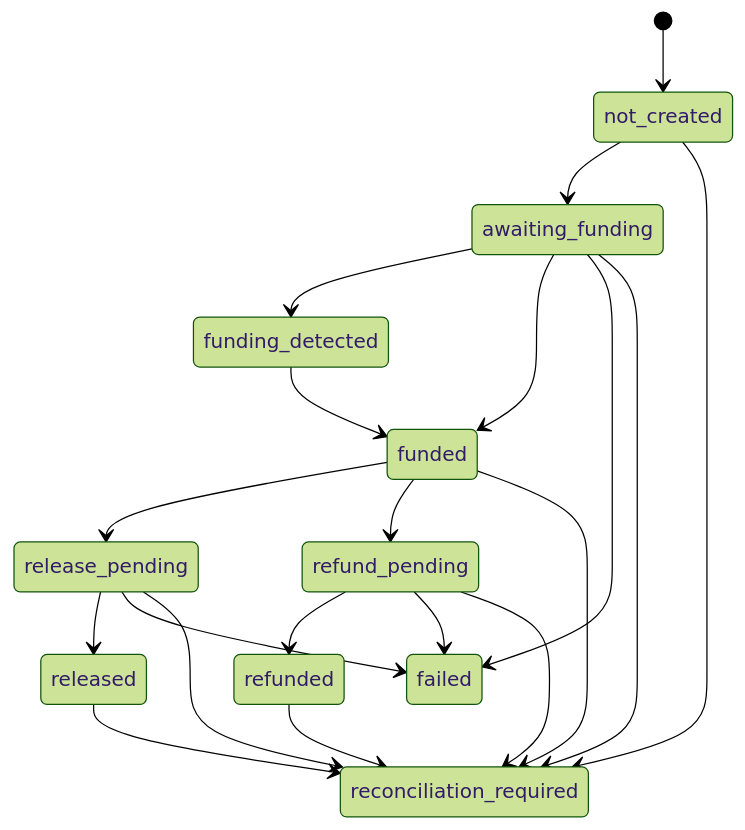
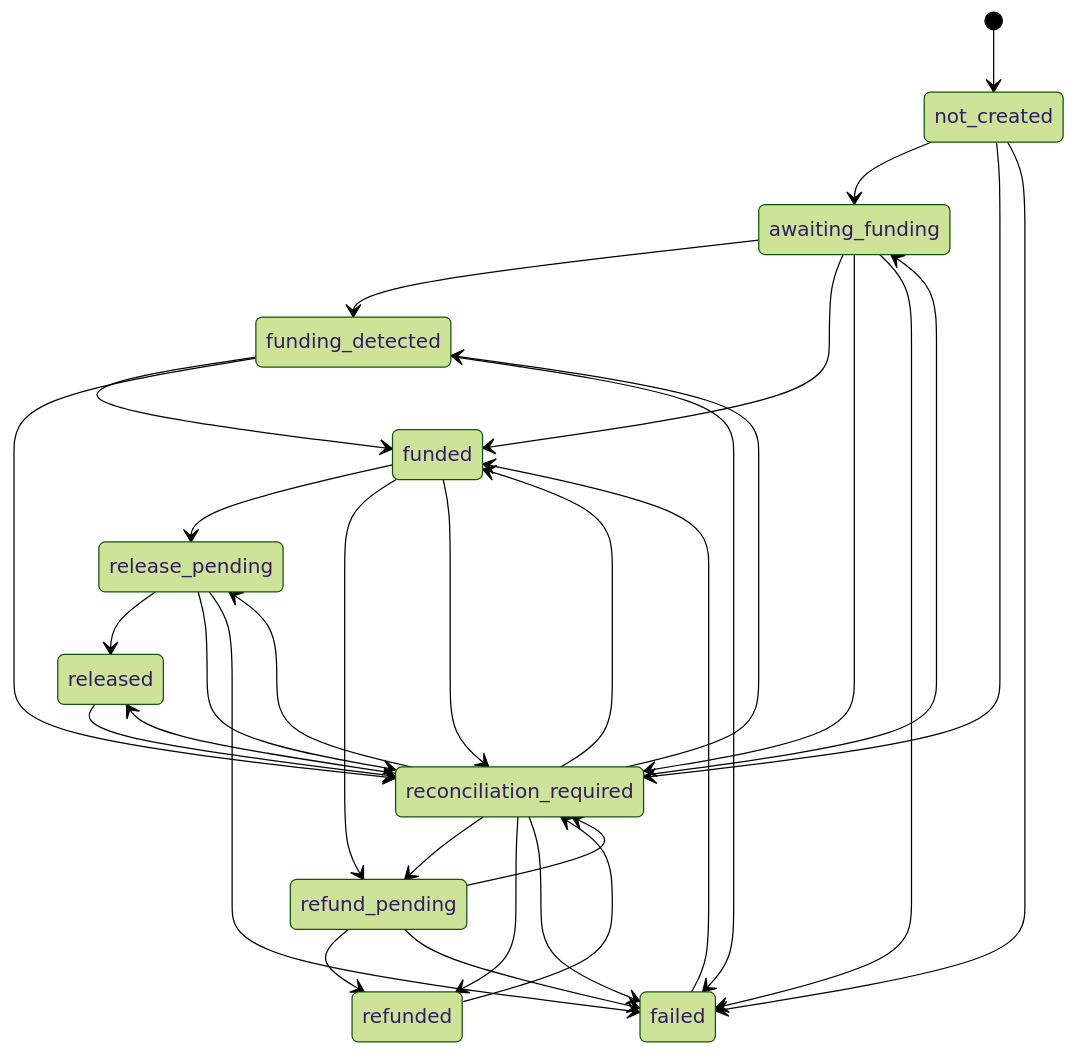
The diagram in docs/architecture/settlement.md (Ajayfrizzy/pactagent), drawn with Mermaid (forest theme) before and after one commit. The commit also changed other lines of this file and 18 other files, not shown here.

````diff
--- a/docs/architecture/settlement.md
+++ b/docs/architecture/settlement.md
@@ -5,22 +5,34 @@
 ```mermaid
 stateDiagram-v2
   [*] --> not_created
   not_created --> awaiting_funding
   not_created --> reconciliation_required
+  not_created --> failed
   awaiting_funding --> funding_detected
   awaiting_funding --> funded
+  awaiting_funding --> reconciliation_required
+  awaiting_funding --> failed
   funding_detected --> funded
+  funding_detected --> reconciliation_required
+  funding_detected --> failed
   funded --> release_pending
   funded --> refund_pending
+  funded --> reconciliation_required
   release_pending --> released
+  release_pending --> reconciliation_required
+  release_pending --> failed
   refund_pending --> refunded
-  awaiting_funding --> failed
-  release_pending --> failed
+  refund_pending --> reconciliation_required
   refund_pending --> failed
-  awaiting_funding --> reconciliation_required
-  funded --> reconciliation_required
-  release_pending --> reconciliation_required
-  refund_pending --> reconciliation_required
   released --> reconciliation_required
   refunded --> reconciliation_required
+  reconciliation_required --> awaiting_funding
+  reconciliation_required --> funding_detected
+  reconciliation_required --> funded
+  reconciliation_required --> release_pending
+  reconciliation_required --> released
+  reconciliation_required --> refund_pending
+  reconciliation_required --> refunded
+  reconciliation_required --> failed
+  failed --> funded
 ```
````
